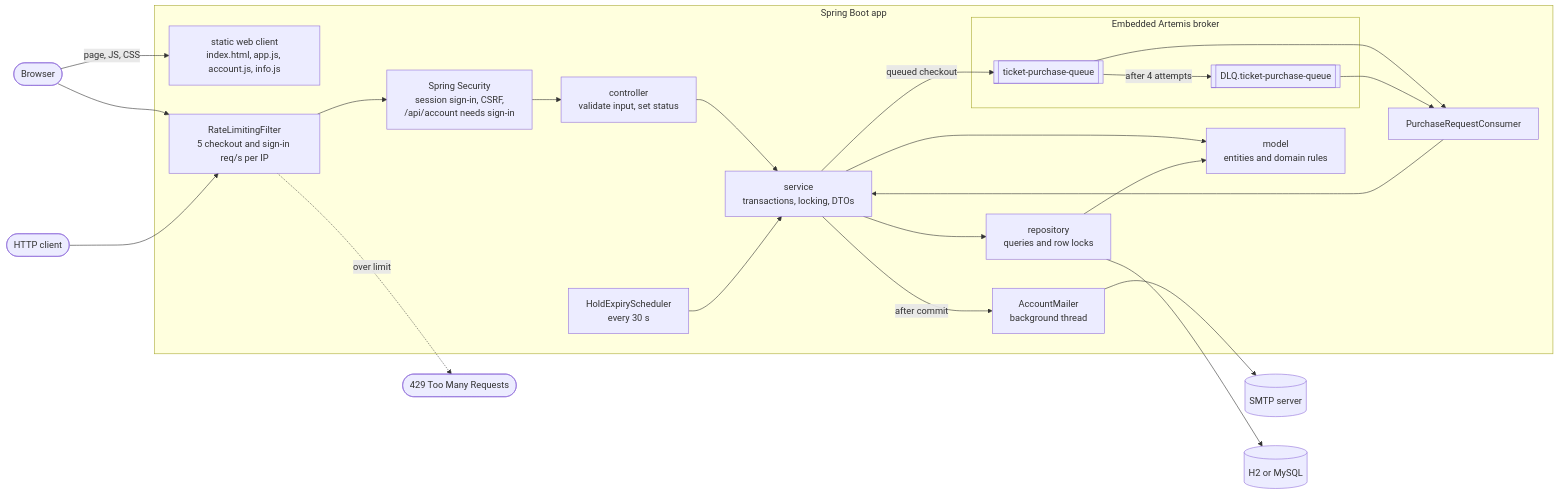
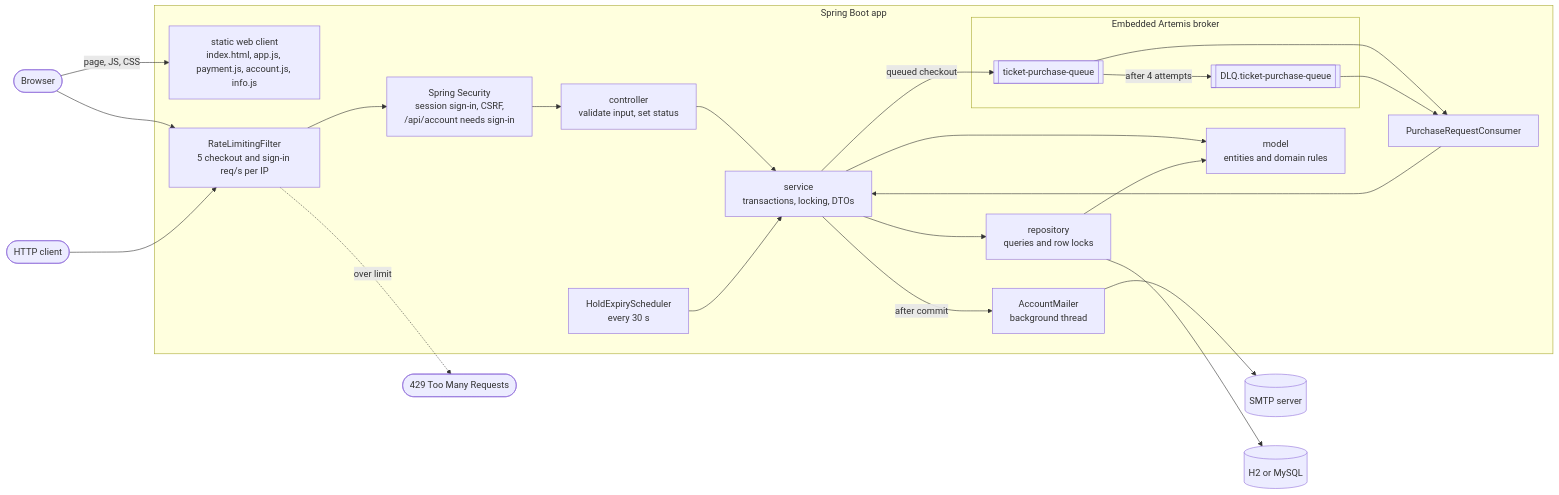
The first of 6 diagrams in docs/ARCHITECTURE.md (mohanarevarapu-commits/SeatLock), drawn with Mermaid before and after one commit. The commit also changed other lines of this file and 22 other files, not shown here.

````diff
--- a/docs/ARCHITECTURE.md
+++ b/docs/ARCHITECTURE.md
@@ -8,29 +8,29 @@
 ```mermaid
 flowchart LR
     browser([Browser]) -- page, JS, CSS --> web
     browser --> limiter
     client([HTTP client]) --> limiter
     subgraph app [Spring Boot app]
-        web[static web client<br/>index.html, app.js, account.js, info.js]
+        web[static web client<br/>index.html, app.js, payment.js, account.js, info.js]
         limiter[RateLimitingFilter<br/>5 checkout and sign-in req/s per IP] --> security
         security[Spring Security<br/>session sign-in, CSRF,<br/>/api/account needs sign-in] --> controller
         controller[controller<br/>validate input, set status] --> service[service<br/>transactions, locking, DTOs]
         service --> repository[repository<br/>queries and row locks]
         service --> model[model<br/>entities and domain rules]
         repository --> model
         scheduler[HoldExpiryScheduler<br/>every 30 s] --> service
         subgraph broker [Embedded Artemis broker]
             queue[[ticket-purchase-queue]]
             dlq[[DLQ.ticket-purchase-queue]]
         end
         service -- queued checkout --> queue
         queue --> consumer[PurchaseRequestConsumer]
         queue -- after 4 attempts --> dlq
         dlq --> consumer
         consumer --> service
         service -- after commit --> mailer[AccountMailer<br/>background thread]
     end
     limiter -. over limit .-> r429([429 Too Many Requests])
     mailer --> smtp[(SMTP server)]
     repository --> db[(H2 or MySQL)]
 ```
````
